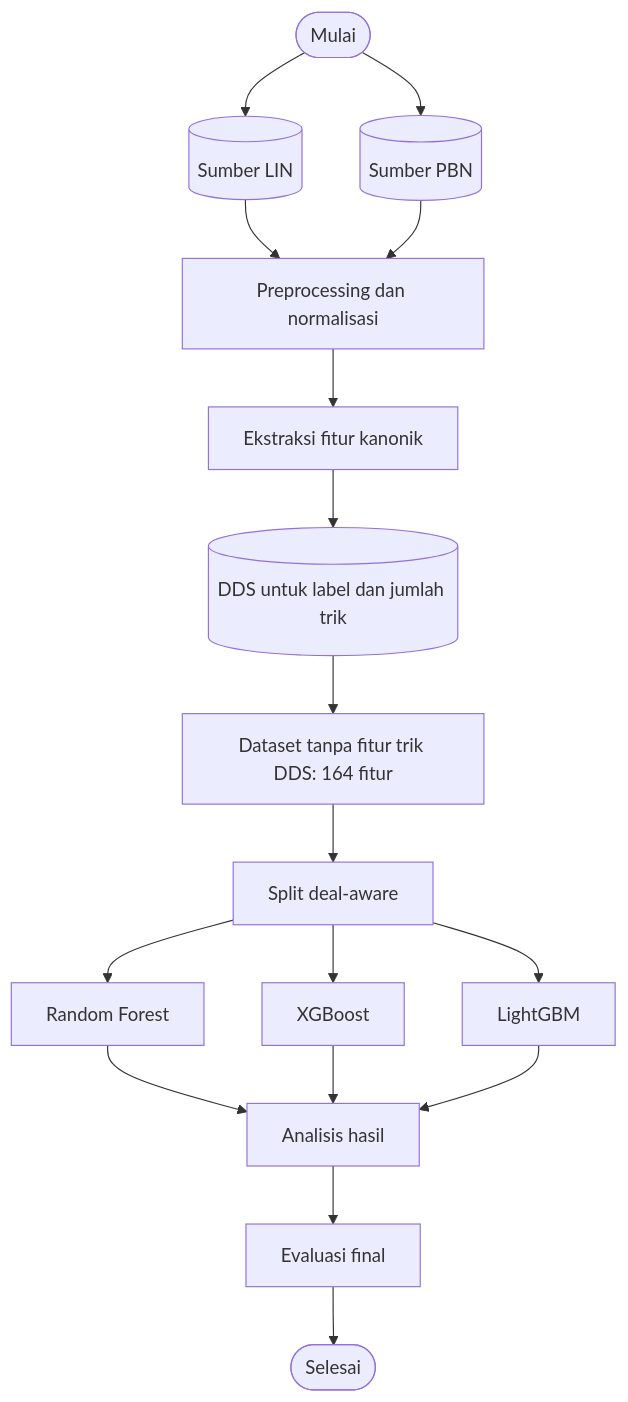
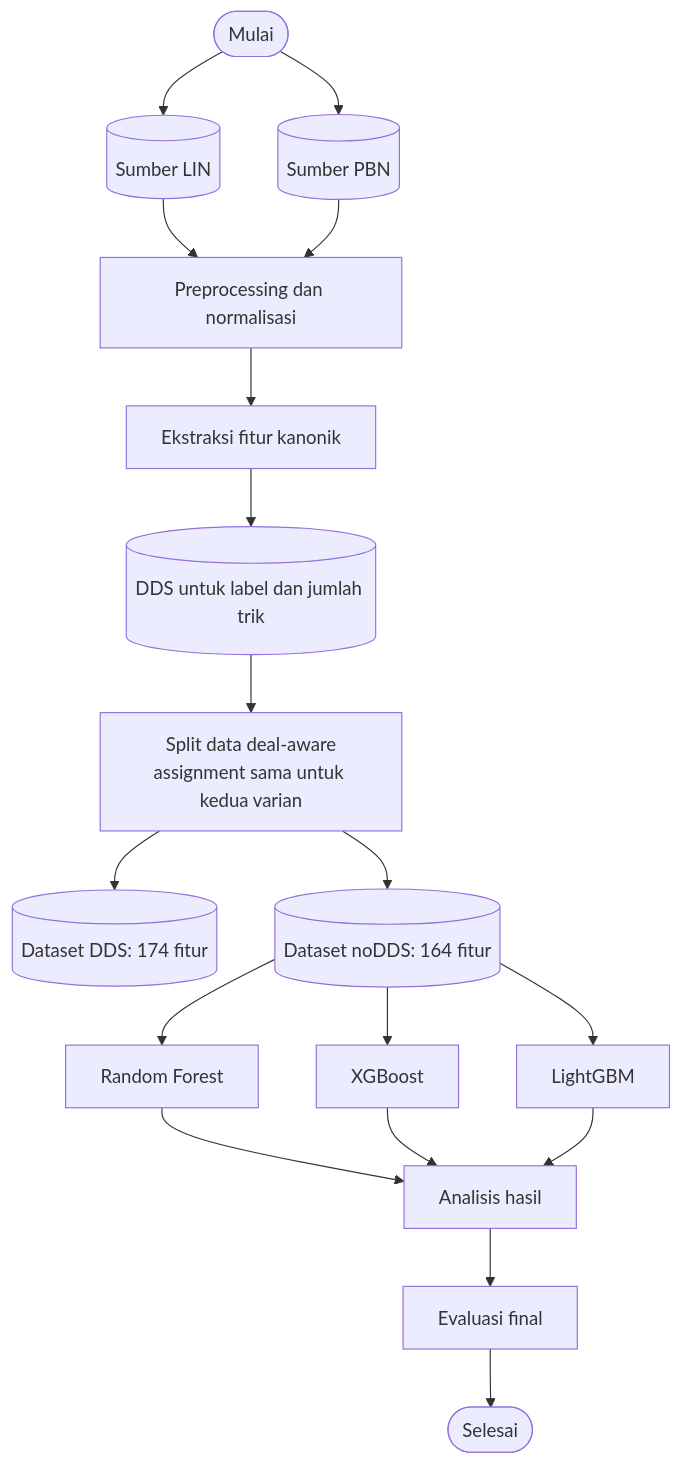
Before and after one commit to Cattelll/Bridge-Prediction: the diagram in docs/TAHAPAN_PENELITIAN.md, drawn with Mermaid. The commit also changed other lines of this file and 23 other files, not shown here.

````diff
--- a/docs/TAHAPAN_PENELITIAN.md
+++ b/docs/TAHAPAN_PENELITIAN.md
@@ -8,19 +8,20 @@
 ```mermaid
 flowchart TD
     A([Mulai]) --> B1[(Sumber LIN)]
     A --> B2[(Sumber PBN)]
     B1 --> C[Preprocessing dan normalisasi]
     B2 --> C
     C --> D[Ekstraksi fitur kanonik]
     D --> E[(DDS untuk label dan jumlah trik)]
-    E --> F[Dataset tanpa fitur trik DDS: 164 fitur]
-    F --> G[Split deal-aware]
-    G --> H1[Random Forest]
-    G --> H2[XGBoost]
-    G --> H3[LightGBM]
+    E --> F[Split data deal-aware<br/>assignment sama untuk kedua varian]
+    F --> F1[(Dataset DDS: 174 fitur)]
+    F --> F2[(Dataset noDDS: 164 fitur)]
+    F2 --> H1[Random Forest]
+    F2 --> H2[XGBoost]
+    F2 --> H3[LightGBM]
     H1 --> I[Analisis hasil]
     H2 --> I
     H3 --> I
     I --> J[Evaluasi final]
     J --> K([Selesai])
 ```
````
